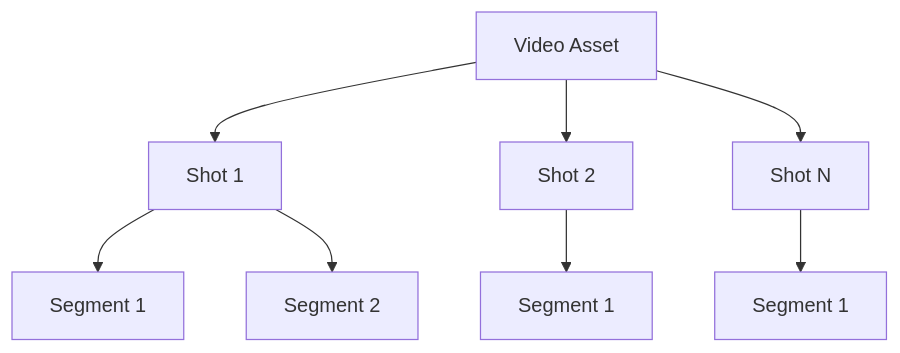
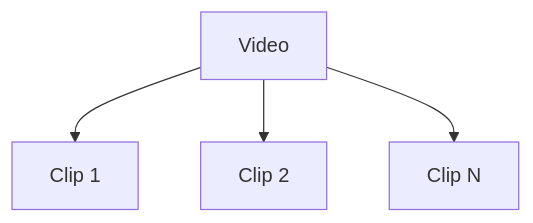
The second of 4 diagrams in 03_VideoDomain架构设计.md (human-cosmos/search-rec-docs), drawn with Mermaid before and after one commit. The commit also changed other lines of this file and 14 other files, not shown here.

Commit message:
docs: finalize Video/Clip agent scope and remove rights filtering

````diff
--- a/03_VideoDomain架构设计.md
+++ b/03_VideoDomain架构设计.md
@@ -44,10 +57,6 @@
 ```mermaid
 flowchart TB
-  V[Video Asset] --> S1[Shot 1]
-  V --> S2[Shot 2]
-  V --> S3[Shot N]
-  S1 --> G11[Segment 1]
-  S1 --> G12[Segment 2]
-  S2 --> G21[Segment 1]
-  S3 --> G31[Segment 1]
+  V[Video] --> C1[Clip 1]
+  V --> C2[Clip 2]
+  V --> CN[Clip N]
 ```
````
